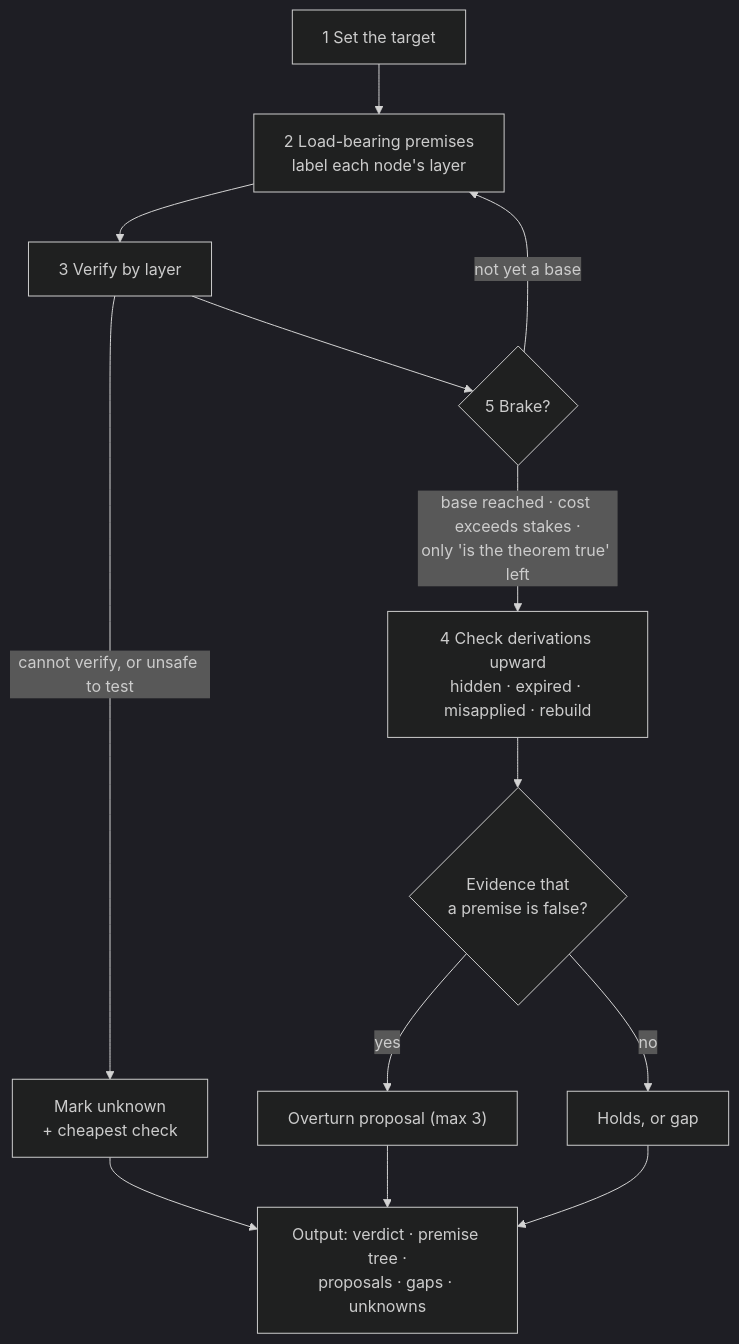
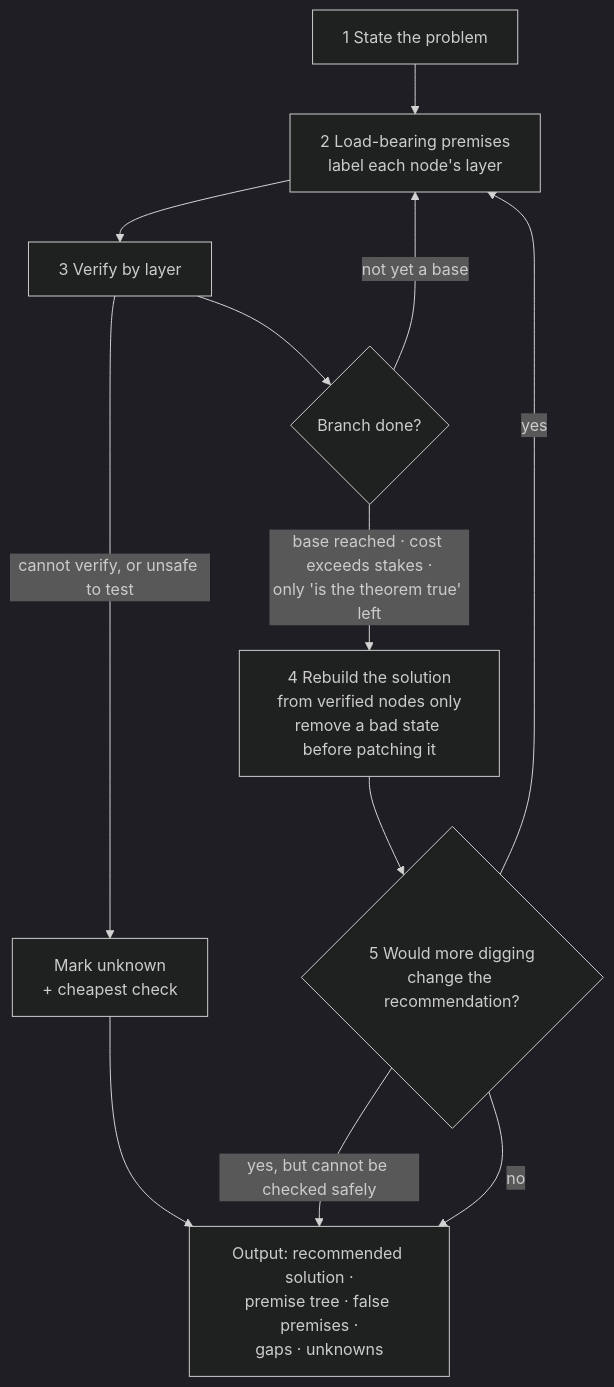
The second of 4 diagrams in README.md (zk-hypersolid/premise-challenge), drawn with Mermaid (dark theme) before and after one commit. The commit also changed other lines of this file and 5 other files, not shown here.

````diff
--- a/README.md
+++ b/README.md
@@ -67,15 +68,14 @@
 ```mermaid
 flowchart TB
-    T["1 Set the target"] --> P["2 Load-bearing premises<br/>label each node's layer"]
+    T["1 State the problem"] --> P["2 Load-bearing premises<br/>label each node's layer"]
     P --> V["3 Verify by layer"]
     V -- "cannot verify, or unsafe to test" --> UK["Mark unknown<br/>+ cheapest check"]
-    V --> B{"5 Brake?"}
+    V --> B{"Branch done?"}
     B -- "not yet a base" --> P
-    B -- "base reached · cost exceeds stakes ·<br/>only 'is the theorem true' left" --> UP["4 Check derivations upward<br/>hidden · expired · misapplied · rebuild"]
-    UP --> G{"Evidence that<br/>a premise is false?"}
-    G -- "yes" --> OV["Overturn proposal (max 3)"]
-    G -- "no" --> H["Holds, or gap"]
-    OV --> O["Output: verdict · premise tree ·<br/>proposals · gaps · unknowns"]
-    H --> O
+    B -- "base reached · cost exceeds stakes ·<br/>only 'is the theorem true' left" --> R["4 Rebuild the solution<br/>from verified nodes only<br/>remove a bad state before patching it"]
+    R --> S{"5 Would more digging<br/>change the recommendation?"}
+    S -- "yes" --> P
+    S -- "yes, but cannot be checked safely" --> O
+    S -- "no" --> O["Output: recommended solution ·<br/>premise tree · false premises ·<br/>gaps · unknowns"]
     UK --> O
 ```
````
